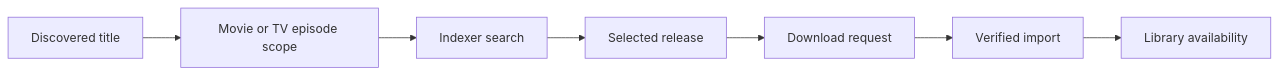
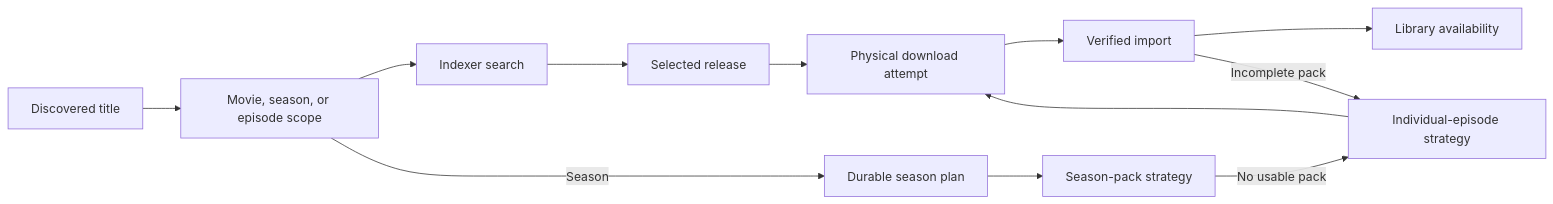
The diagram in docs/wiki/Library-and-Requests.md (TannerMidd/Nooklet), drawn with Mermaid before and after one commit. The commit also changed other lines of this file and 137 other files, not shown here.

````diff
--- a/docs/wiki/Library-and-Requests.md
+++ b/docs/wiki/Library-and-Requests.md
@@ -19,9 +19,15 @@
 ```mermaid
 flowchart LR
-    Title["Discovered title"] --> Scope["Movie or TV episode scope"]
+    Title["Discovered title"] --> Scope["Movie, season, or episode scope"]
     Scope --> Search["Indexer search"]
     Search --> Release["Selected release"]
-    Release --> Queue["Download request"]
+    Release --> Queue["Physical download attempt"]
     Queue --> Import["Verified import"]
     Import --> Library["Library availability"]
+
+    Scope -->|Season| Plan["Durable season plan"]
+    Plan --> Pack["Season-pack strategy"]
+    Pack -->|No usable pack| Episodes["Individual-episode strategy"]
+    Import -->|Incomplete pack| Episodes
+    Episodes --> Queue
 ```
````
